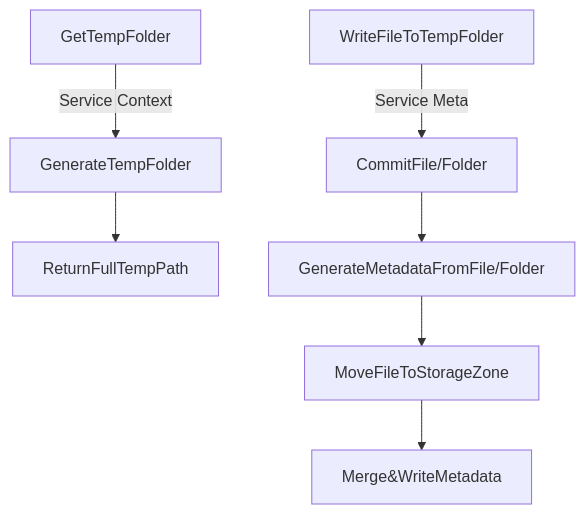
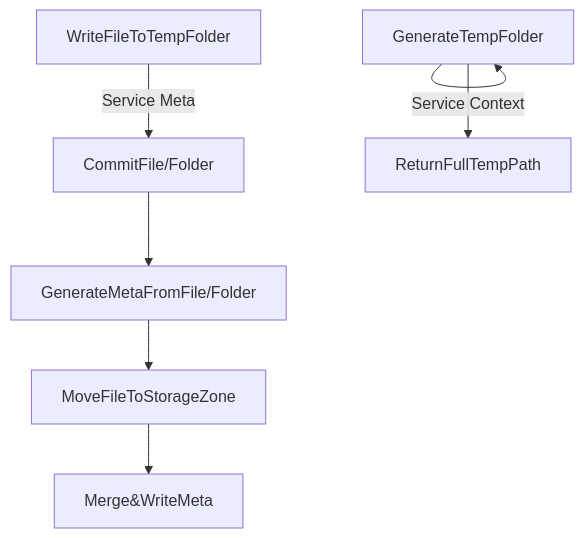
Before and after one commit to Sciuromorpha/Documents: the first of 2 diagrams in Design/Storage Design.md, drawn with Mermaid. The commit also changed other lines of this file and 1 other file, not shown here.

````diff
--- a/Design/Storage Design.md
+++ b/Design/Storage Design.md
@@ -43,5 +43,5 @@
 ```mermaid
 graph TD
-  GetTempFolder--Service Context-->GenerateTempFolder-->ReturnFullTempPath
-  WriteFileToTempFolder--Service Meta-->CommitFile/Folder-->GenerateMetadataFromFile/Folder-->MoveFileToStorageZone-->Merge&WriteMetadata
+  GenerateTempFolder--Service Context-->GenerateTempFolder-->ReturnFullTempPath
+  WriteFileToTempFolder--Service Meta-->CommitFile/Folder-->GenerateMetaFromFile/Folder-->MoveFileToStorageZone-->Merge&WriteMeta
 ```
````
